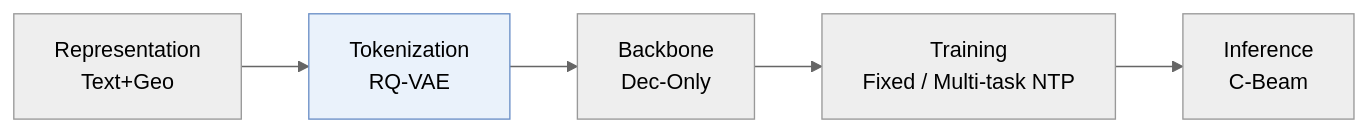
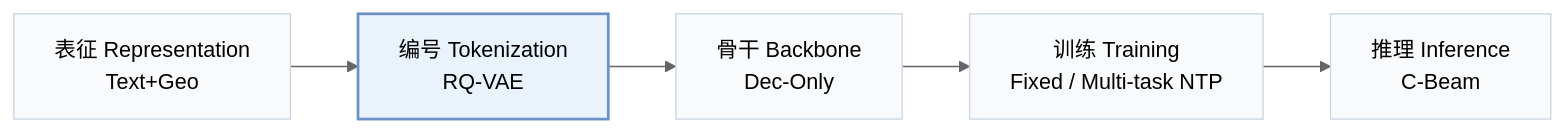
Before and after one commit to Galaxy-ghost/Awesome-SID-Generative-Rec: the first of 2 diagrams in pages/zh/papers/qt-mob.md, drawn with Mermaid (neutral theme). The commit also changed other lines of this file and 649 other files, not shown here.

Commit message:
writer-05: also tags and modality index (schema, check, build, visuals); summary field removed; calibration data for 12 papers

````diff
--- a/pages/zh/papers/qt-mob.md
+++ b/pages/zh/papers/qt-mob.md
@@ -13,6 +15,8 @@
 ```mermaid
 flowchart LR
-    R["Representation<br/>Text+Geo"] --> T["Tokenization<br/>RQ-VAE"] --> B["Backbone<br/>Dec-Only"] --> TR["Training<br/>Fixed / Multi-task NTP"] --> I["Inference<br/>C-Beam"]
-    classDef main fill:#eaf2fb,stroke:#6b8fc7
+    R["表征 Representation<br/>Text+Geo"] --> T["编号 Tokenization<br/>RQ-VAE"] --> B["骨干 Backbone<br/>Dec-Only"] --> TR["训练 Training<br/>Fixed / Multi-task NTP"] --> I["推理 Inference<br/>C-Beam"]
+    classDef base fill:#f8fafc,stroke:#cbd5e1
+    class R,T,B,TR,I base
+    classDef main fill:#eaf2fb,stroke:#6b8fc7,stroke-width:2px
     class T main
 ```
````
